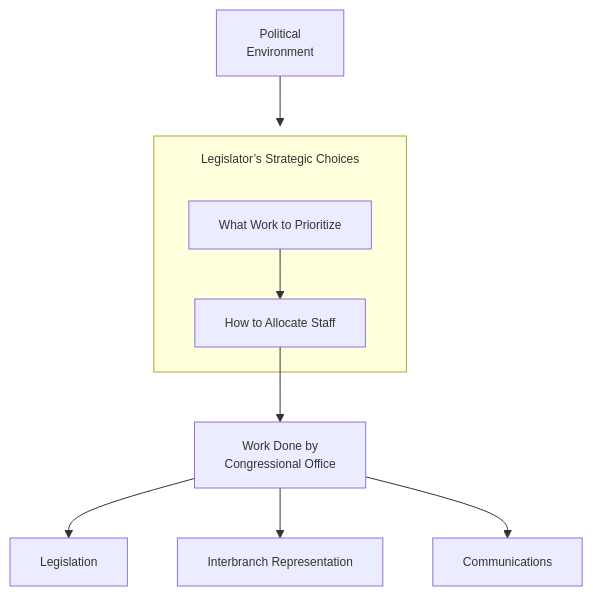
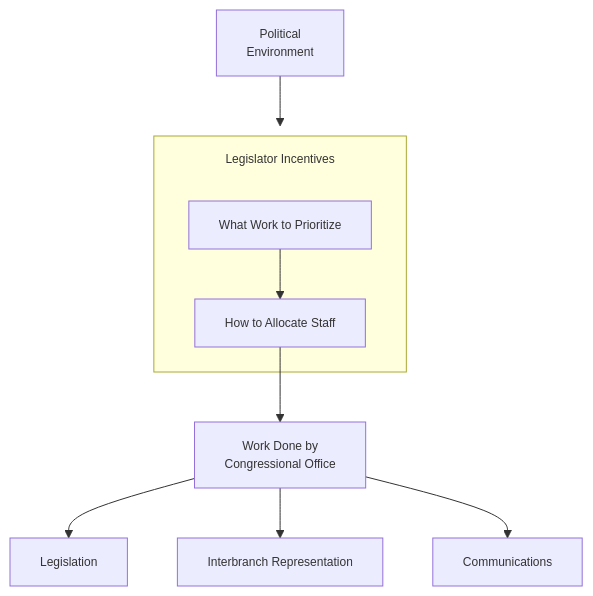
One commit to judgelord/cor-book changed the fourth of 5 diagrams in causal.qmd. Above: the diagram before and after it, drawn with Mermaid. The commit also changed other lines of this file, not shown here.

````diff
--- a/causal.qmd
+++ b/causal.qmd
@@ -152,24 +152,24 @@
 ```{mermaid}
 %%| label: fig-causal-strategy
 %%| fig-cap: "How legislator's strategic choices shape interbranch representation activities"
 %%| fig-width: 6.5
 %%| out-width: "100%"
 %%{init: {"themeVariables": {"fontSize": "12px"}, "flowchart": {"subGraphTitleMargin": {"top": 15, "bottom": 25}, "htmlLabels": false}}}%%
 flowchart TD
         PE["Political<br/>Environment"]
-    subgraph strategic_g ["Legislator’s Strategic Choices"]
+    subgraph strategic_g ["Legislator Incentives"]
         G["What Work to Prioritize"]
         SA["How to Allocate Staff"]
     end
         W["Work Done by<br/>Congressional Office"]
         L["Legislation"]
         A["Interbranch Representation"]
         C["Communications"]
     PE ---> strategic_g
     G --> SA
     SA --> W
     W --> L
     W --> A
     W --> C
 
 ```
````
